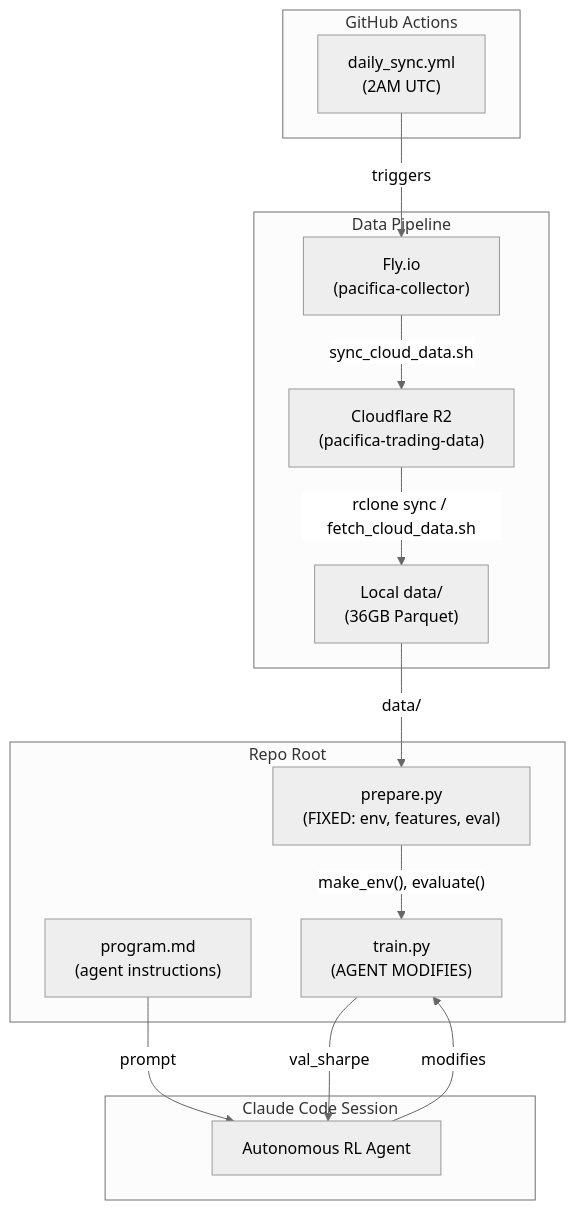
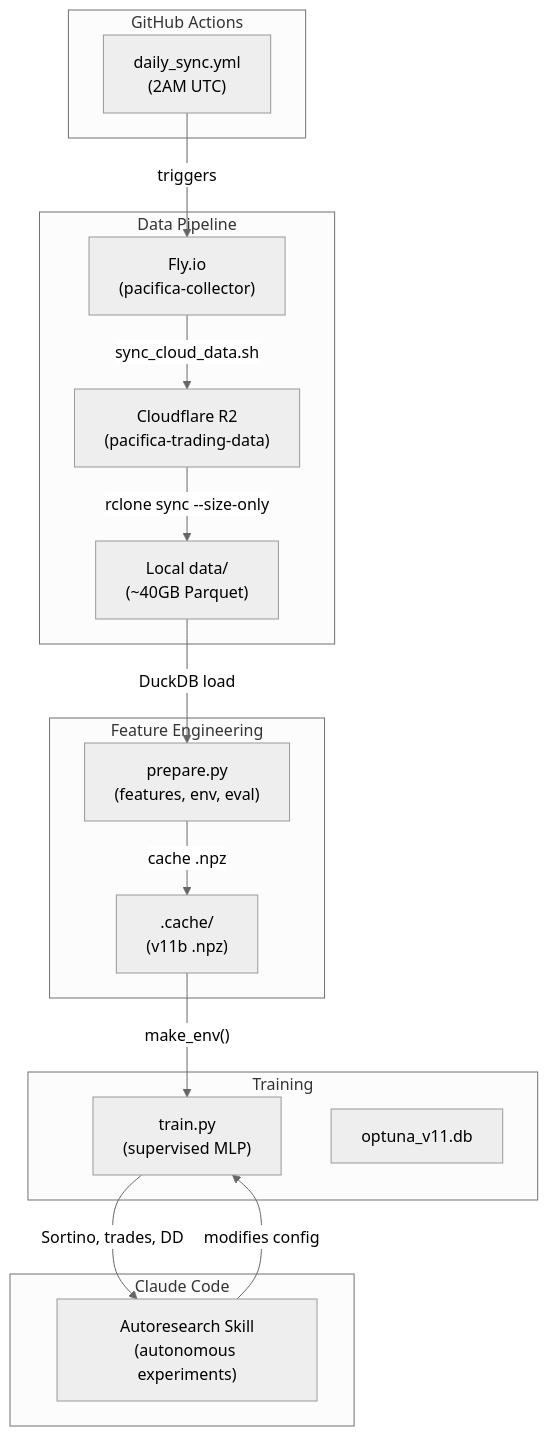
Before and after one commit to autoresearch-trading/autoresearch-trading: the first of 2 diagrams in docs/CODEBASE_MAP.md, drawn with Mermaid (neutral theme). The commit also changed other lines of this file and 3 other files, not shown here.

First line of the commit message:
chore: context-sync fixes — update stale CLAUDE.md, regenerate CODEBASE_MAP.md, add README

````diff
--- a/docs/CODEBASE_MAP.md
+++ b/docs/CODEBASE_MAP.md
@@ -13,28 +13,31 @@
 ```mermaid
 graph TB
     subgraph "Data Pipeline"
         Fly["Fly.io<br/>(pacifica-collector)"]
         R2["Cloudflare R2<br/>(pacifica-trading-data)"]
-        Local["Local data/<br/>(36GB Parquet)"]
+        Local["Local data/<br/>(~40GB Parquet)"]
     end
     subgraph "GitHub Actions"
         Sync["daily_sync.yml<br/>(2AM UTC)"]
     end
-    subgraph "Repo Root"
-        Prepare["prepare.py<br/>(FIXED: env, features, eval)"]
-        Train["train.py<br/>(AGENT MODIFIES)"]
-        Program["program.md<br/>(agent instructions)"]
+    subgraph "Feature Engineering"
+        Prepare["prepare.py<br/>(features, env, eval)"]
+        Cache[".cache/<br/>(v11b .npz)"]
     end
-    subgraph "Claude Code Session"
-        Agent["Autonomous RL Agent"]
+    subgraph "Training"
+        Train["train.py<br/>(supervised MLP)"]
+        Optuna["optuna_v11.db"]
+    end
+    subgraph "Claude Code"
+        Autoresearch["Autoresearch Skill<br/>(autonomous experiments)"]
     end
 
     Fly -->|"sync_cloud_data.sh"| R2
     Sync -->|triggers| Fly
-    R2 -->|"rclone sync / fetch_cloud_data.sh"| Local
-    Local -->|"data/"| Prepare
-    Prepare -->|"make_env(), evaluate()"| Train
-    Program -->|"prompt"| Agent
-    Agent -->|"modifies"| Train
-    Train -->|"val_sharpe"| Agent
+    R2 -->|"rclone sync --size-only"| Local
+    Local -->|"DuckDB load"| Prepare
+    Prepare -->|"cache .npz"| Cache
+    Cache -->|"make_env()"| Train
+    Train -->|"Sortino, trades, DD"| Autoresearch
+    Autoresearch -->|"modifies config"| Train
 ```
````
